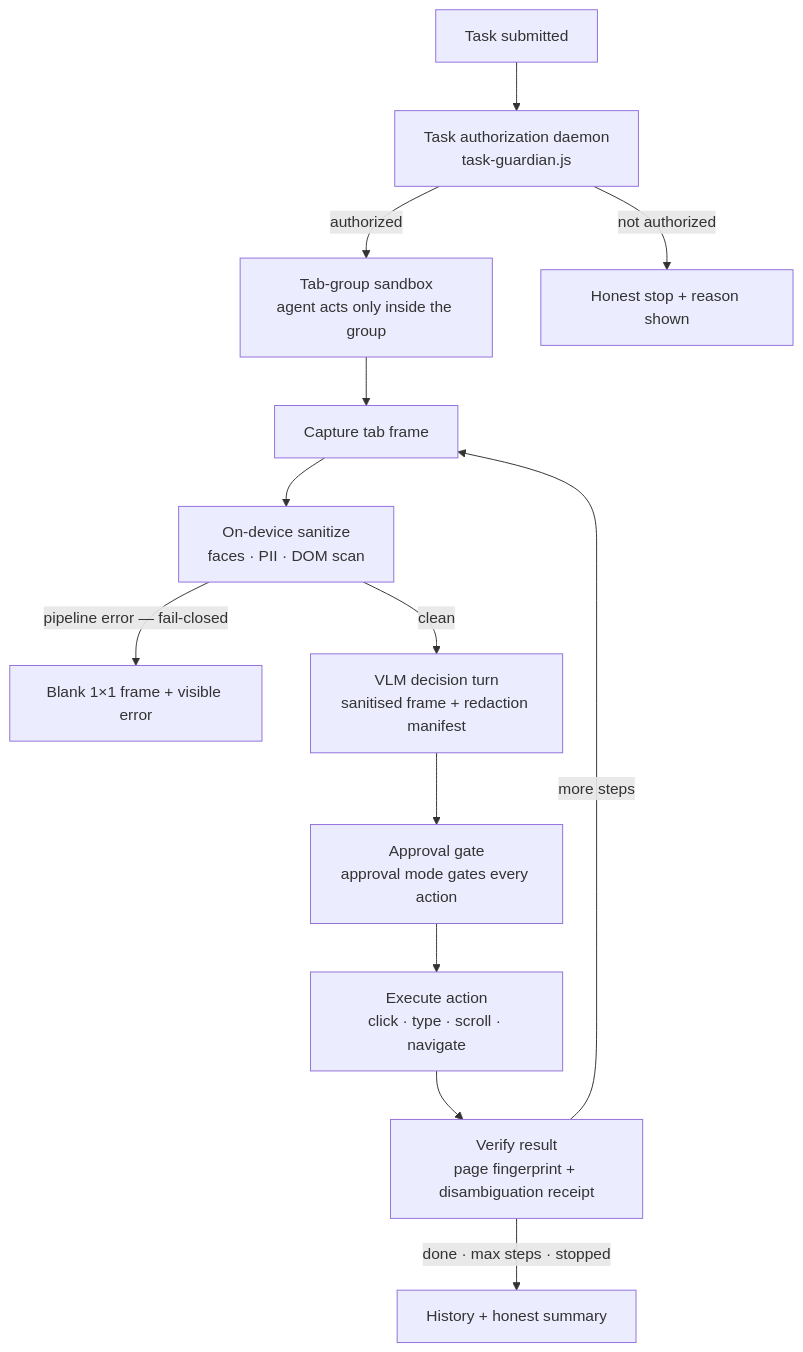
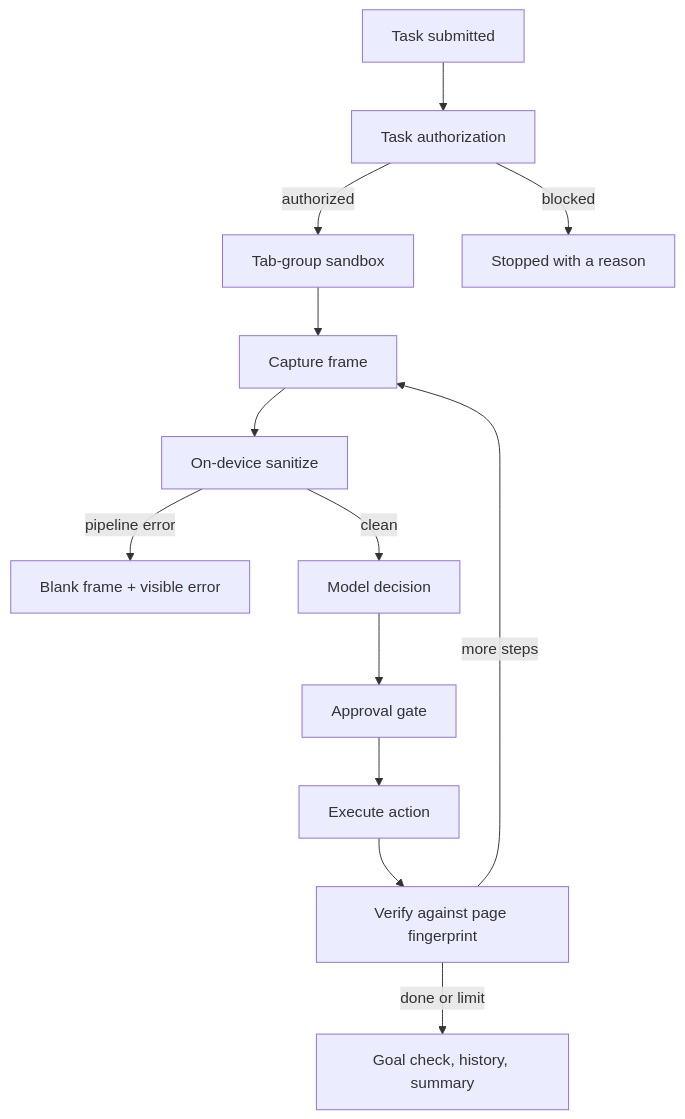
Before and after one commit to princechouhan19/OpenCometAI: the second of 2 diagrams in README.md, drawn with Mermaid. The commit also changed other lines of this file and 77 other files, not shown here.

First line of the commit message:
v1.32.0: CI/CD workflows, reachable goal contracts, provider-ladder fixes, error taxonomy & loop reflection

````diff
--- a/README.md
+++ b/README.md
@@ -85,15 +138,15 @@
 ```mermaid
 flowchart TD
-  START["Task submitted"] --> GUARD["Task authorization daemon<br/>task-guardian.js"]
-  GUARD -->|"authorized"| SANDBOX["Tab-group sandbox<br/>agent acts only inside the group"]
-  GUARD -->|"not authorized"| BLOCK["Honest stop + reason shown"]
-  SANDBOX --> CAPTURE["Capture tab frame"]
-  CAPTURE --> SAN["On-device sanitize<br/>faces · PII · DOM scan"]
-  SAN -->|"pipeline error — fail-closed"| BLANK["Blank 1×1 frame + visible error"]
-  SAN -->|"clean"| DECIDE["VLM decision turn<br/>sanitised frame + redaction manifest"]
-  DECIDE --> APPROVE["Approval gate<br/>approval mode gates every action"]
-  APPROVE --> EXEC["Execute action<br/>click · type · scroll · navigate"]
-  EXEC --> VERIFY["Verify result<br/>page fingerprint + disambiguation receipt"]
+  START["Task submitted"] --> GUARD["Task authorization"]
+  GUARD -->|"authorized"| SANDBOX["Tab-group sandbox"]
+  GUARD -->|"blocked"| STOP["Stopped with a reason"]
+  SANDBOX --> CAPTURE["Capture frame"]
+  CAPTURE --> SAN["On-device sanitize"]
+  SAN -->|"pipeline error"| BLANK["Blank frame + visible error"]
+  SAN -->|"clean"| DECIDE["Model decision"]
+  DECIDE --> APPROVE["Approval gate"]
+  APPROVE --> EXEC["Execute action"]
+  EXEC --> VERIFY["Verify against page fingerprint"]
   VERIFY -->|"more steps"| CAPTURE
-  VERIFY -->|"done · max steps · stopped"| DONE["History + honest summary"]
+  VERIFY -->|"done or limit"| DONE["Goal check, history, summary"]
 ```
````
